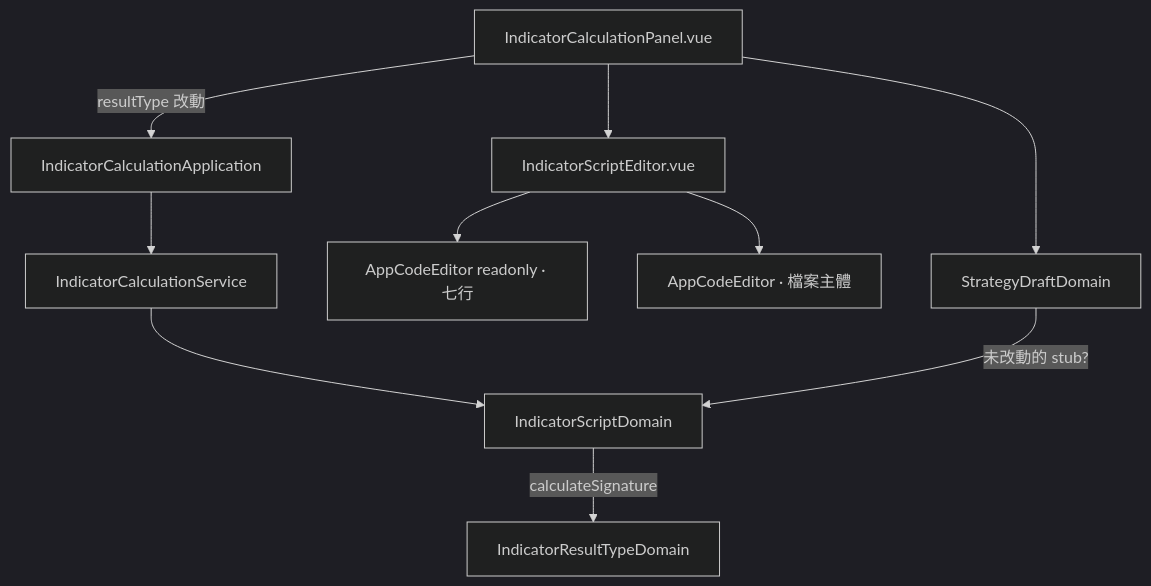
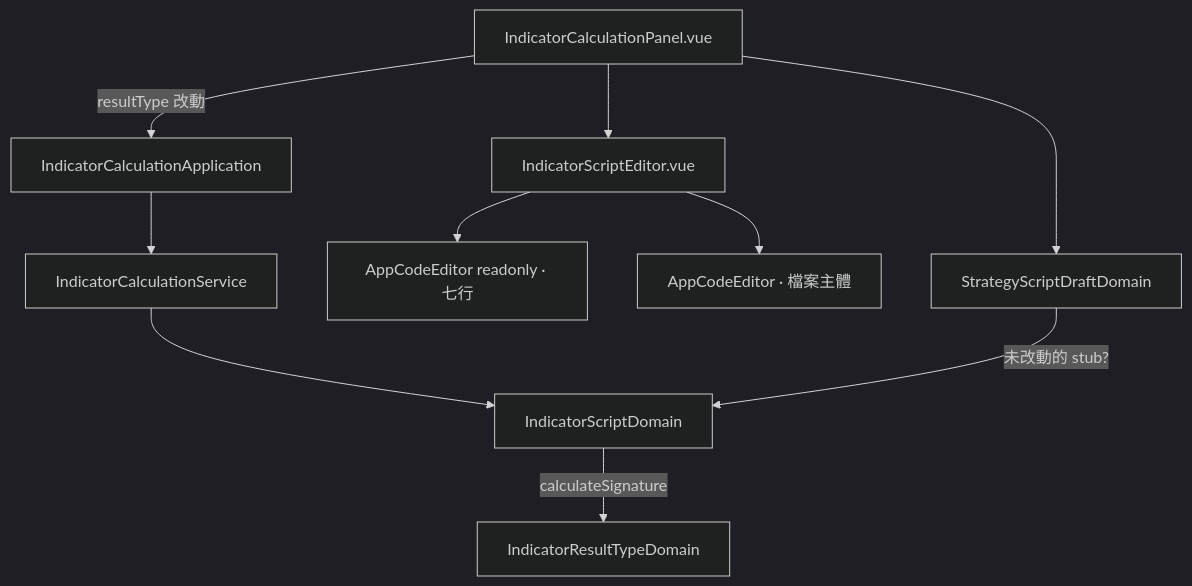
Before and after one commit to CodeMachine0121/go-trading-frontend: the diagram in .sdd/2026-09-07-editable-script-body/ARCH.md, drawn with Mermaid (dark theme). The commit also changed other lines of this file and 324 other files, not shown here.

First line of the commit message:
refactor: rename strategy to strategy script (#37)

````diff
--- a/.sdd/2026-09-07-editable-script-body/ARCH.md
+++ b/.sdd/2026-09-07-editable-script-body/ARCH.md
@@ -53,12 +53,12 @@
 ```mermaid
 flowchart TD
   Panel[IndicatorCalculationPanel.vue] -->|resultType 改動| App[IndicatorCalculationApplication]
   App --> Svc[IndicatorCalculationService]
   Svc --> ScriptDom[IndicatorScriptDomain]
   ScriptDom -->|calculateSignature| RTDom[IndicatorResultTypeDomain]
   Panel --> Editor[IndicatorScriptEditor.vue]
   Editor --> FrameRO[AppCodeEditor readonly · 七行]
   Editor --> BodyRW[AppCodeEditor · 檔案主體]
-  Panel --> Draft[StrategyDraftDomain]
+  Panel --> Draft[StrategyScriptDraftDomain]
   Draft -->|未改動的 stub?| ScriptDom
 ```
````
